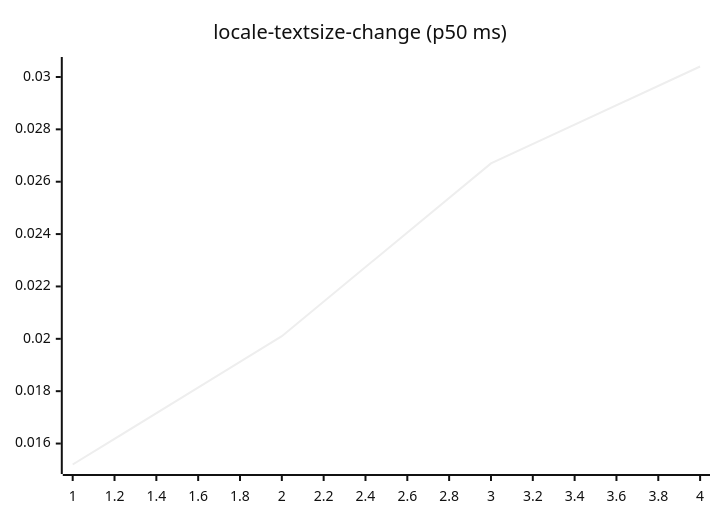
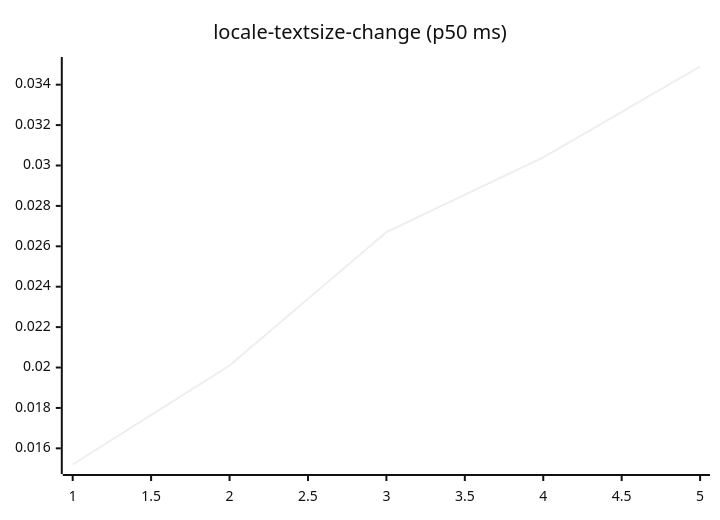
Before and after one commit to josha/Facet: diagram 13 of 27 in README.md, drawn with Mermaid (neutral theme). The commit also changed other lines of this file and 2 other files, not shown here.

````diff
--- a/README.md
+++ b/README.md
@@ -147,6 +147,6 @@
 ```mermaid
 xychart-beta
     title "locale-textsize-change (p50 ms)"
-    x-axis 1 --> 4
-    line [0.0152, 0.0201, 0.0267, 0.0304]
+    x-axis 1 --> 5
+    line [0.0152, 0.0201, 0.0267, 0.0304, 0.0349]
 ```
````
